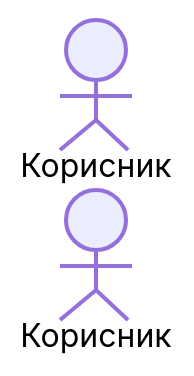
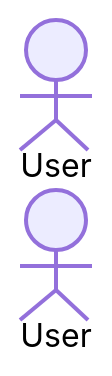
Before and after one commit to livenetworks/ln-ashlar: the diagram in docs-mcp/_templates/component.md, drawn with Mermaid. The commit also changed other lines of this file and 18 other files, not shown here.

````diff
--- a/docs-mcp/_templates/component.md
+++ b/docs-mcp/_templates/component.md
@@ -84,5 +85,5 @@
 ```mermaid
 sequenceDiagram
 	autonumber
-	actor Корисник
+	actor User
 ```
````
